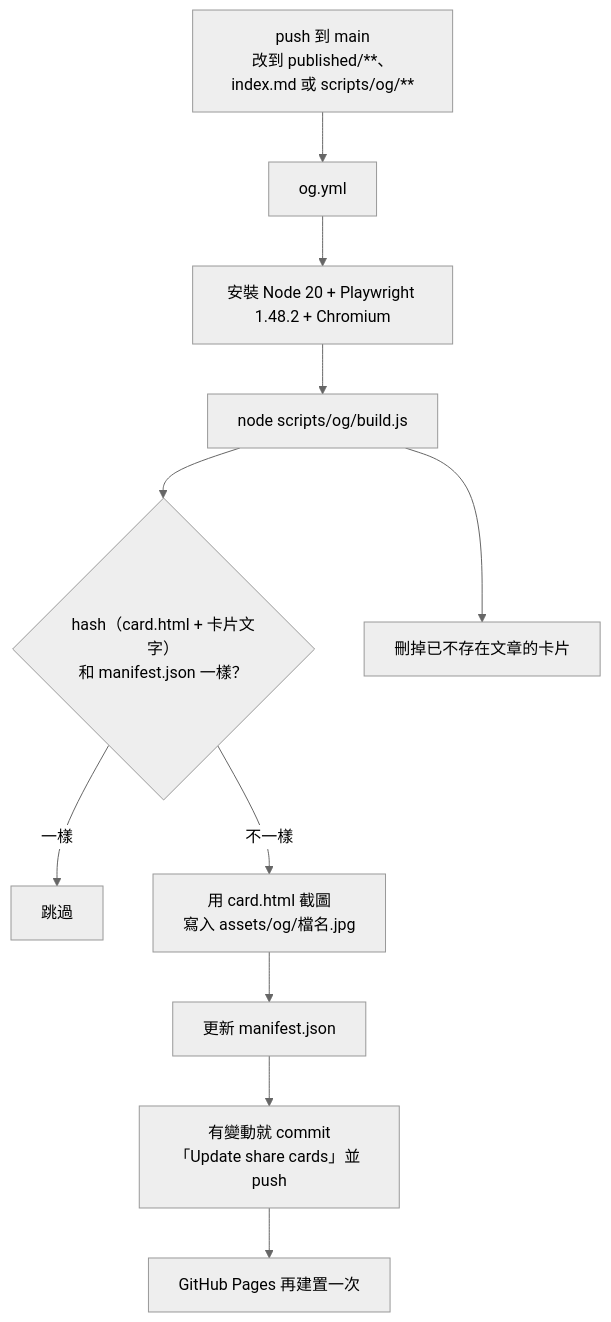
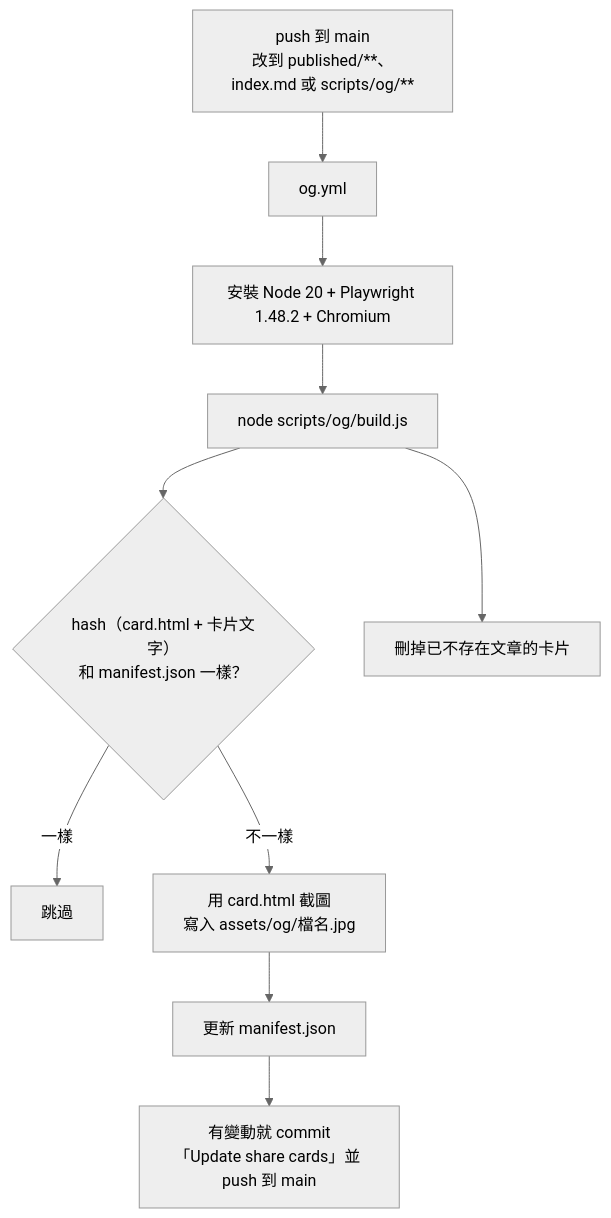
Before and after one commit to laiyenju/laiyenju.github.io: the second of 3 diagrams in README.md, drawn with Mermaid (neutral theme). The commit also changed other lines of this file, not shown here.

````diff
--- a/README.md
+++ b/README.md
@@ -135,13 +136,12 @@
 ```mermaid
 flowchart TD
   P["push 到 main<br/>改到 published/**、index.md 或 scripts/og/**"] --> W["og.yml"]
   W --> N["安裝 Node 20 + Playwright 1.48.2 + Chromium"]
   N --> B["node scripts/og/build.js"]
   B --> H{"hash（card.html + 卡片文字）<br/>和 manifest.json 一樣？"}
   H -- 一樣 --> S["跳過"]
   H -- 不一樣 --> R["用 card.html 截圖<br/>寫入 assets/og/檔名.jpg"]
   B --> X["刪掉已不存在文章的卡片"]
   R --> M["更新 manifest.json"]
-  M --> C["有變動就 commit<br/>「Update share cards」並 push"]
-  C --> G["GitHub Pages 再建置一次"]
+  M --> C["有變動就 commit<br/>「Update share cards」並 push 到 main"]
 ```
````
